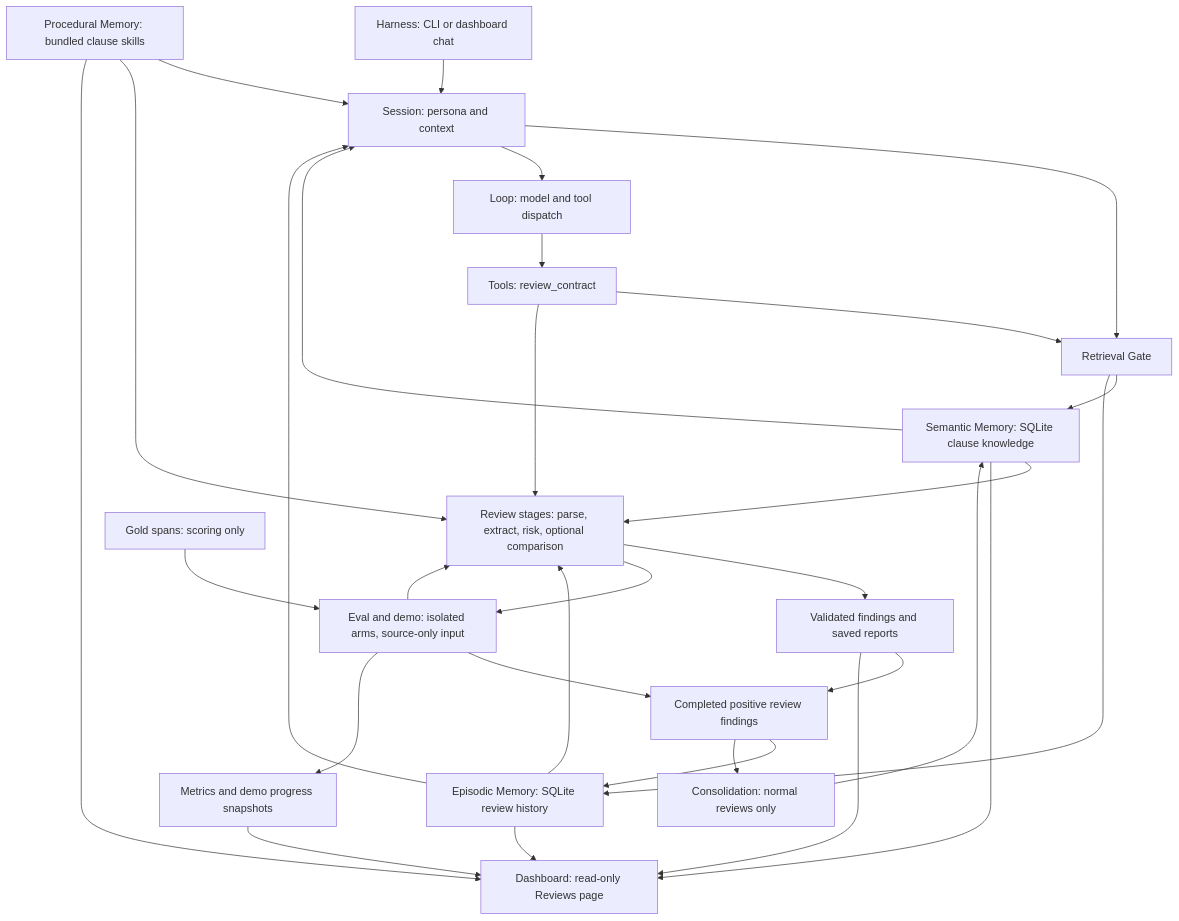
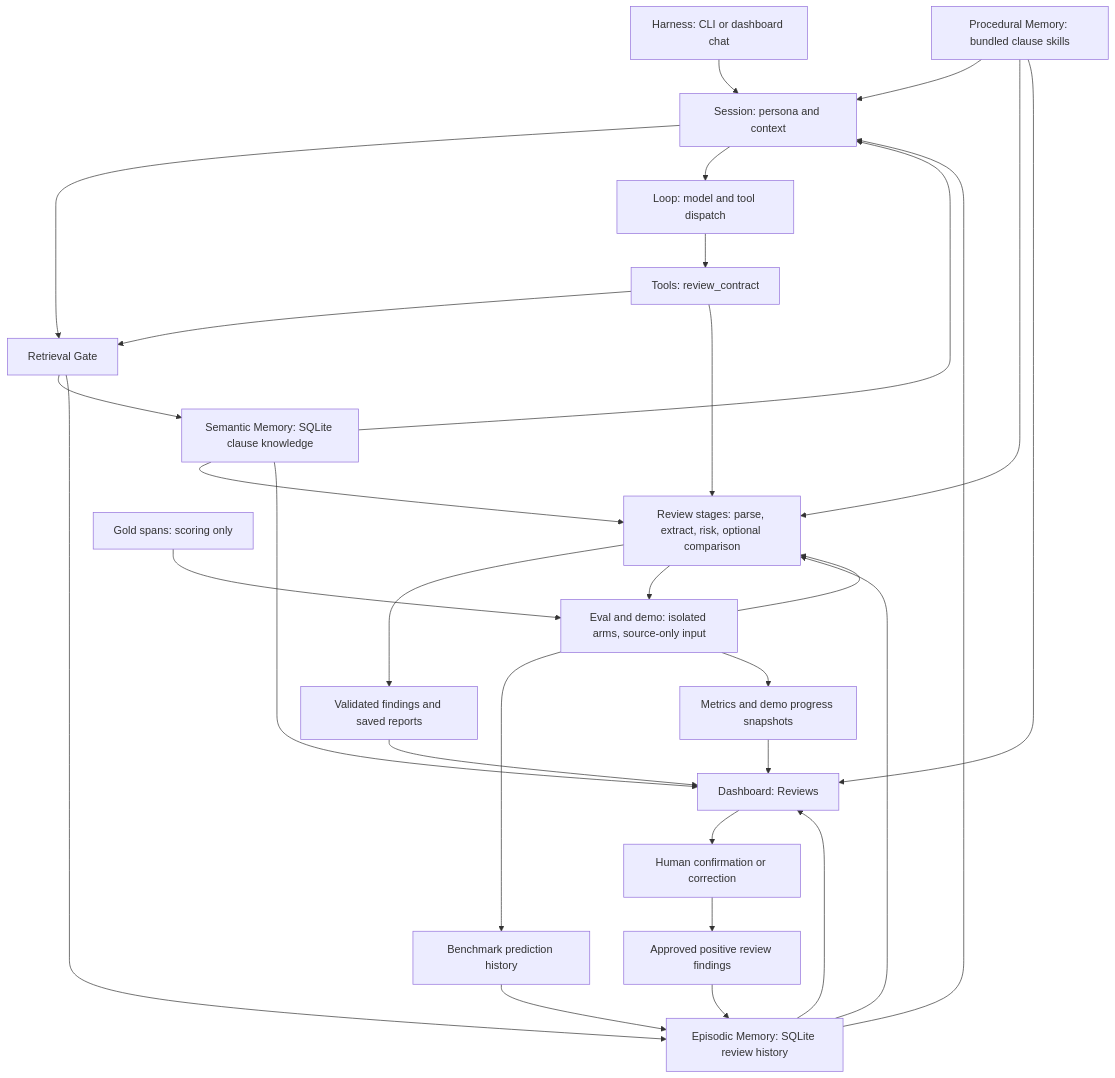
The diagram in docs/contractguard/architecture.md (gxiaopang/ContractGuard-Agent), drawn with Mermaid before and after one commit. The commit also changed other lines of this file and 45 other files, not shown here.

First line of the commit message:
feat: add ContractGuard human review and scoped memory

````diff
--- a/docs/contractguard/architecture.md
+++ b/docs/contractguard/architecture.md
@@ -7,32 +16,32 @@
 ```mermaid
 flowchart TD
     H[Harness: CLI or dashboard chat] --> S[Session: persona and context]
     S --> G[Retrieval Gate]
     G --> SM[Semantic Memory: SQLite clause knowledge]
     G --> EM[Episodic Memory: SQLite review history]
     SM --> S
     EM --> S
     PM[Procedural Memory: bundled clause skills] --> S
     S --> L[Loop: model and tool dispatch]
     L --> T[Tools: review_contract]
     T --> G
     SM --> R[Review stages: parse, extract, risk, optional comparison]
     EM --> R
     PM --> R
     T --> R
     R --> A[Validated findings and saved reports]
-    A --> C[Completed positive review findings]
+    A --> D[Dashboard: Reviews]
+    D --> HR[Human confirmation or correction]
+    HR --> C[Approved positive review findings]
     C --> EM
-    C --> K[Consolidation: normal reviews only]
-    K --> SM
     E[Eval and demo: isolated arms, source-only input] --> R
-    E --> C
+    E --> BP[Benchmark prediction history]
+    BP --> EM
     R --> E
     GOLD[Gold spans: scoring only] --> E
     E --> M[Metrics and demo progress snapshots]
-    A --> D[Dashboard: read-only Reviews page]
     M --> D
     SM --> D
     EM --> D
     PM --> D
 ```
````
